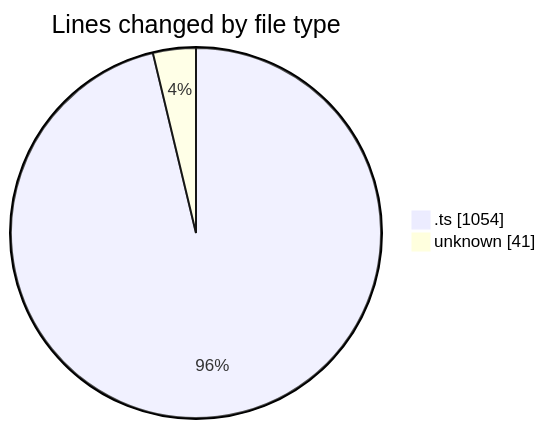
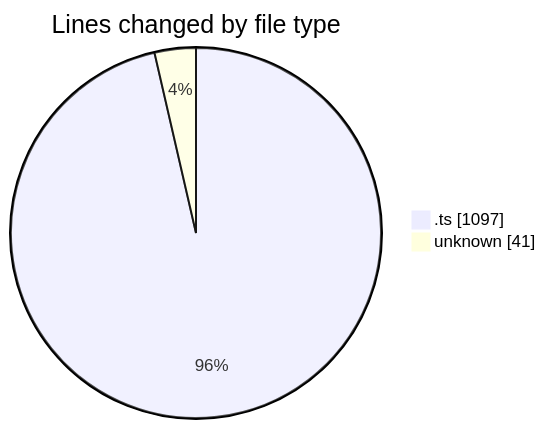
One commit to momahboobian/code-tracking changed the first of 2 diagrams in 2025-08-18/cda/README.md. Above: the diagram before and after it, drawn with Mermaid. The commit also changed other lines of this file and 1 other file, not shown here.

````diff
--- a/2025-08-18/cda/README.md
+++ b/2025-08-18/cda/README.md
@@ -24,6 +24,6 @@
 ```mermaid
 pie showData
 title Lines changed by file type
-".ts" : 1054
+".ts" : 1097
 "unknown" : 41
 ```
````
